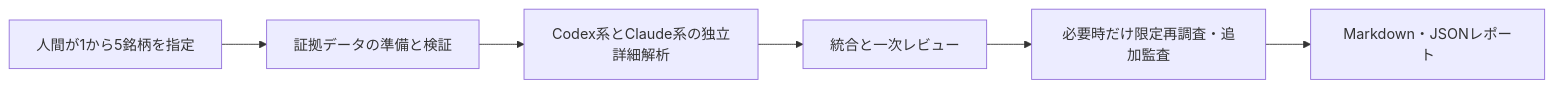
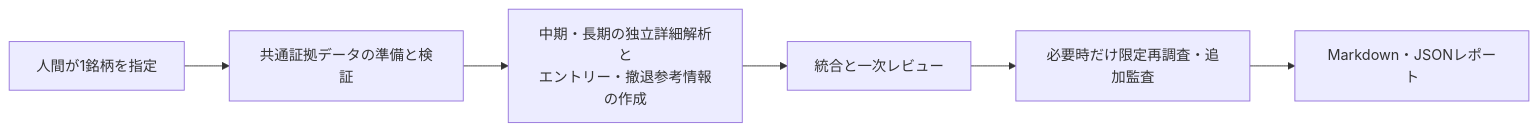
One commit to toike08D17012/system-trade-with-llm-orchestrator changed the diagram in docs/system-requirements/01-detailed-analysis-mvp-scope.md. Above: the diagram before and after it, drawn with Mermaid. The commit also changed other lines of this file and 2 other files, not shown here.

````diff
--- a/docs/system-requirements/01-detailed-analysis-mvp-scope.md
+++ b/docs/system-requirements/01-detailed-analysis-mvp-scope.md
@@ -50,8 +70,8 @@
 ```mermaid
 flowchart LR
-    H[人間が1から5銘柄を指定] --> D[証拠データの準備と検証]
-    D --> W[Codex系とClaude系の独立詳細解析]
+    H[人間が1銘柄を指定] --> D[共通証拠データの準備と検証]
+    D --> W[中期・長期の独立詳細解析と<br/>エントリー・撤退参考情報の作成]
     W --> R[統合と一次レビュー]
     R --> A[必要時だけ限定再調査・追加監査]
     A --> F[Markdown・JSONレポート]
 ```
````
